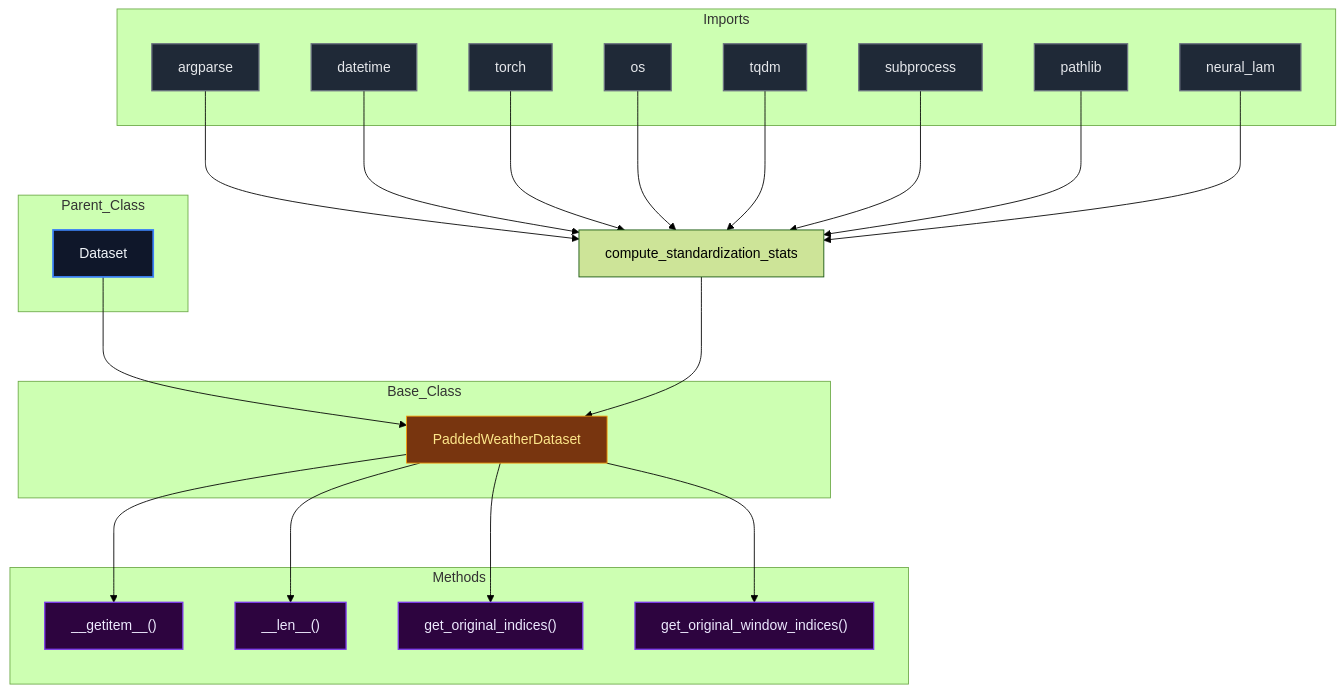
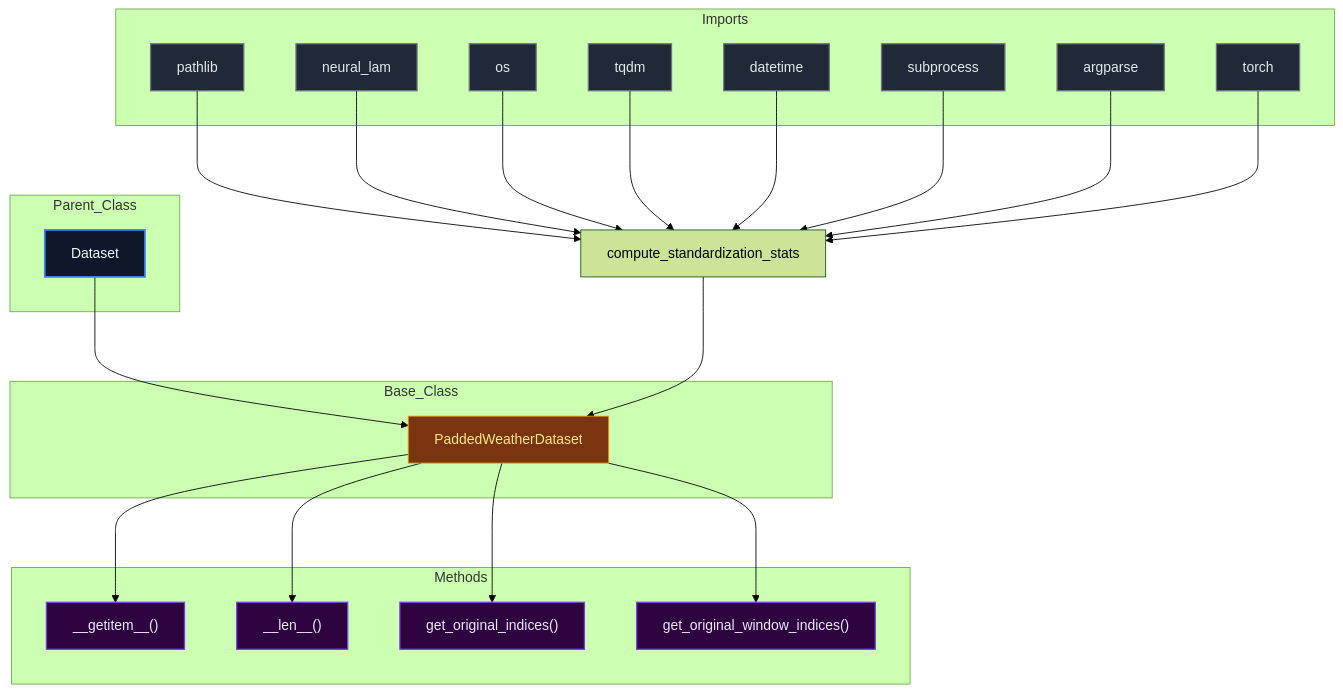
The diagram in docs/diagrams/compute_standardization_stats_diagram.md (mllam/neural-lam), drawn with Mermaid (forest theme) before and after one commit. The commit also changed 18 other files, not shown here.

Commit message:
Auto-update Mermaid diagrams

````diff
--- a/docs/diagrams/compute_standardization_stats_diagram.md
+++ b/docs/diagrams/compute_standardization_stats_diagram.md
@@ -1,60 +1,60 @@
 ```mermaid
 %%{init: {'flowchart': {'nodeSpacing': 60, 'rankSpacing': 80}}}%%
 flowchart TD
 
 module["compute_standardization_stats"]
 
 subgraph Parent_Class
     Dataset["Dataset"]
 end
 
 subgraph Base_Class
     PaddedWeatherDataset["PaddedWeatherDataset"]
 end
 
     Dataset --> PaddedWeatherDataset
 
 subgraph Imports
-    argparse["argparse"]
-    datetime["datetime"]
-    torch["torch"]
+    pathlib["pathlib"]
+    neural_lam["neural_lam"]
     os["os"]
     tqdm["tqdm"]
+    datetime["datetime"]
     subprocess["subprocess"]
-    pathlib["pathlib"]
-    neural_lam["neural_lam"]
+    argparse["argparse"]
+    torch["torch"]
 end
 
-    argparse --> module
-    datetime --> module
-    torch --> module
+    pathlib --> module
+    neural_lam --> module
     os --> module
     tqdm --> module
+    datetime --> module
     subprocess --> module
-    pathlib --> module
-    neural_lam --> module
+    argparse --> module
+    torch --> module
     module --> PaddedWeatherDataset
 
 subgraph Methods
     PaddedWeatherDataset___getitem__["__getitem__()"]
     PaddedWeatherDataset___len__["__len__()"]
     PaddedWeatherDataset_get_original_indices["get_original_indices()"]
     PaddedWeatherDataset_get_original_window_indices["get_original_window_indices()"]
 end
 
     PaddedWeatherDataset --> PaddedWeatherDataset___getitem__
     PaddedWeatherDataset --> PaddedWeatherDataset___len__
     PaddedWeatherDataset --> PaddedWeatherDataset_get_original_indices
     PaddedWeatherDataset --> PaddedWeatherDataset_get_original_window_indices
 
 classDef parent fill:#0f172a,stroke:#3b82f6,stroke-width:2px,color:#f1f5f9,font-size:16px
 classDef base fill:#78350f,stroke:#f59e0b,stroke-width:1px,color:#fde68a,font-size:16px
 classDef import fill:#1f2937,stroke:#6b7280,stroke-width:1.5px,color:#e5e7eb,font-size:16px
 classDef method fill:#2d043f,stroke:#7c3aed,stroke-width:1.5px,color:#ede9fe,font-size:16px
 classDef callNode fill:#064e3b,stroke:#10b981,stroke-width:1.5px,color:#d1fae5,font-size:16px
 class Dataset parent
 class PaddedWeatherDataset base
-class argparse,datetime,torch,os,tqdm,subprocess,pathlib,neural_lam import
+class pathlib,neural_lam,os,tqdm,datetime,subprocess,argparse,torch import
 class PaddedWeatherDataset___getitem__,PaddedWeatherDataset___len__,PaddedWeatherDataset_get_original_indices,PaddedWeatherDataset_get_original_window_indices method
 
 ```
````
